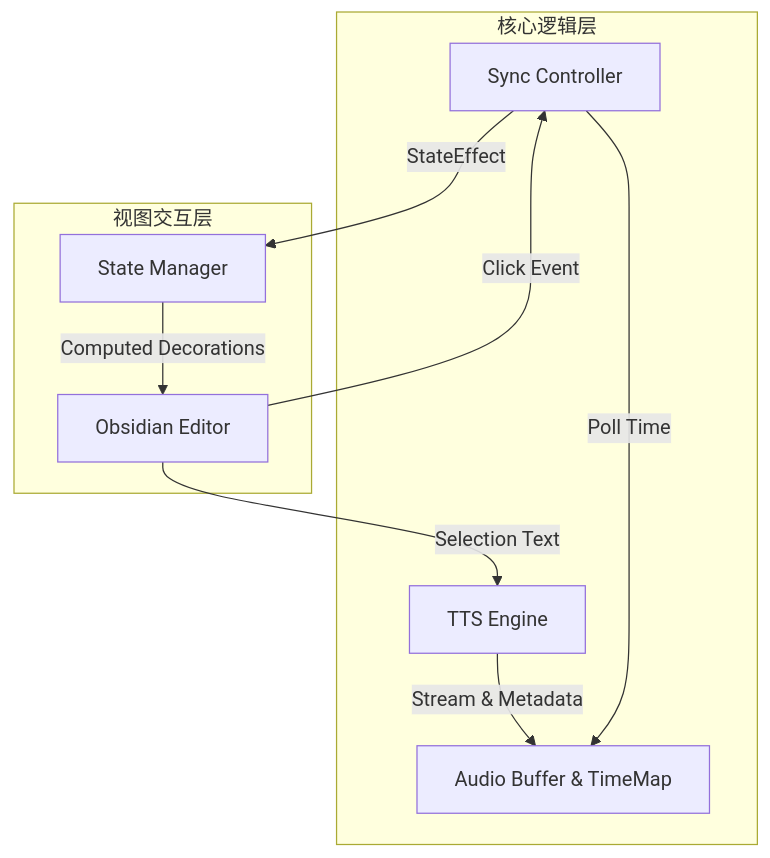
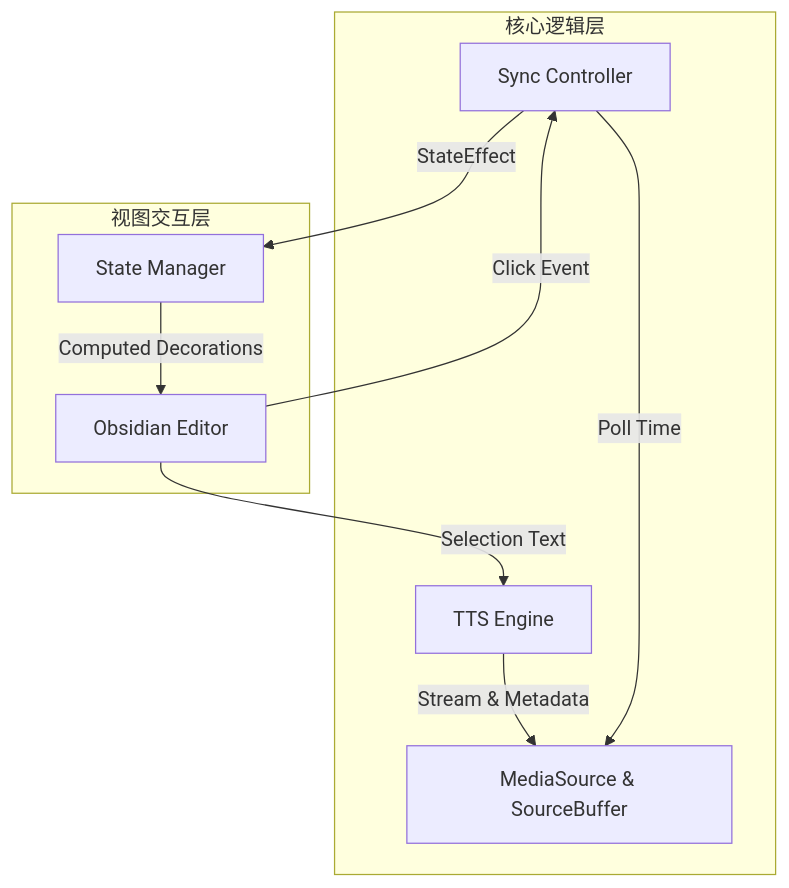
The diagram in spec.md (Tanyangkai/VoxTrack), drawn with Mermaid before and after one commit. The commit also changed other lines of this file and 5 other files, not shown here.

````diff
--- a/spec.md
+++ b/spec.md
@@ -55,15 +66,15 @@
 ```mermaid
 graph TD
     subgraph Core [核心逻辑层]
-        TTS[TTS Engine] -->|Stream & Metadata| Buffer[Audio Buffer & TimeMap]
+        TTS[TTS Engine] -->|Stream & Metadata| Buffer[MediaSource & SourceBuffer]
         Sync[Sync Controller] -->|Poll Time| Buffer
     end
     
     subgraph View [视图交互层]
         Editor[Obsidian Editor] -->|Selection Text| TTS
         Sync -->|StateEffect| State[State Manager]
         State -->|Computed Decorations| Editor
         
         Editor -->|Click Event| Sync
     end
 ```
````
